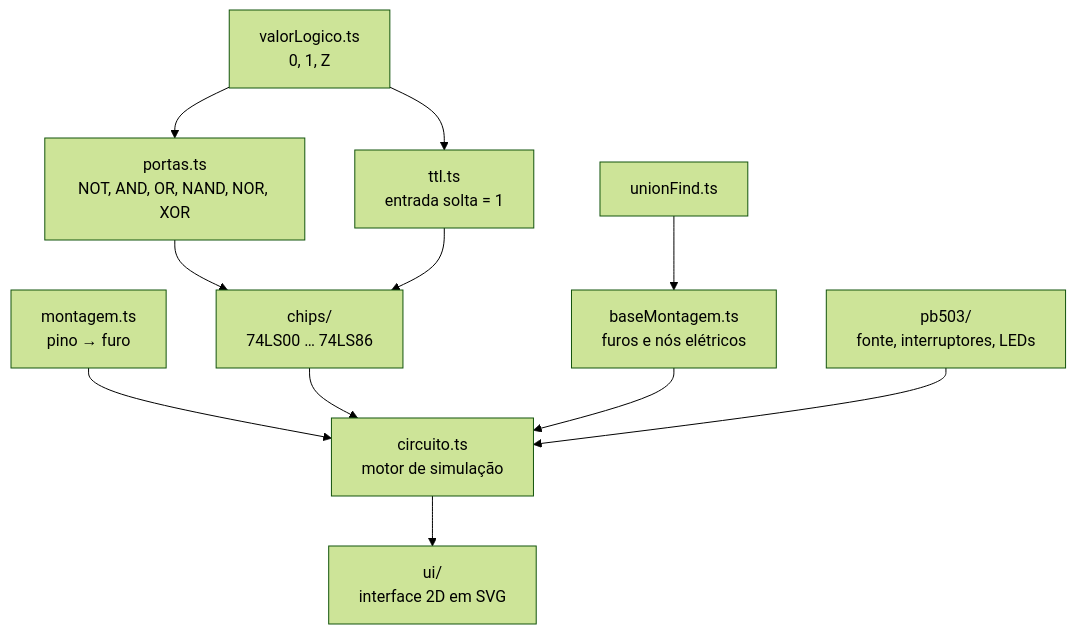
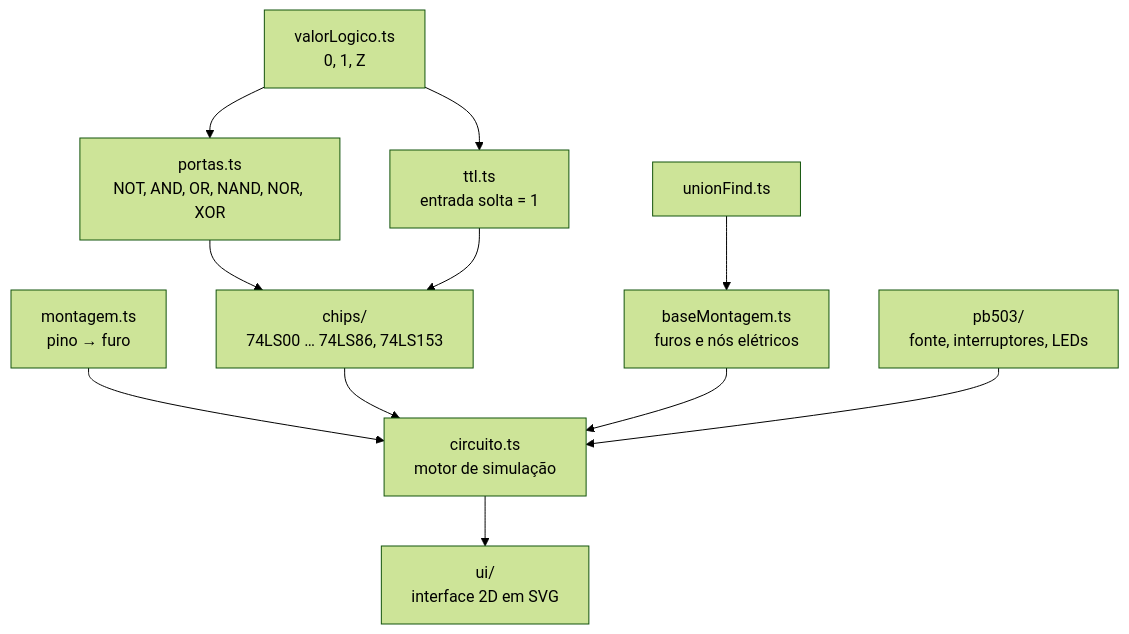
Before and after one commit to H3ldex/simulador-pb503: the diagram in README.md, drawn with Mermaid (forest theme). The commit also changed other lines of this file and 7 other files, not shown here.

````diff
--- a/README.md
+++ b/README.md
@@ -219,13 +227,13 @@
 ```mermaid
 flowchart TD
     V["valorLogico.ts<br/>0, 1, Z"] --> P["portas.ts<br/>NOT, AND, OR, NAND, NOR, XOR"]
     V --> T["ttl.ts<br/>entrada solta = 1"]
-    P --> C["chips/<br/>74LS00 … 74LS86"]
+    P --> C["chips/<br/>74LS00 … 74LS86, 74LS153"]
     T --> C
     U["unionFind.ts"] --> B["baseMontagem.ts<br/>furos e nós elétricos"]
     M["montagem.ts<br/>pino → furo"] --> S
     C --> S["circuito.ts<br/>motor de simulação"]
     B --> S
     F["pb503/<br/>fonte, interruptores, LEDs"] --> S
     S --> I["ui/<br/>interface 2D em SVG"]
 ```
````
